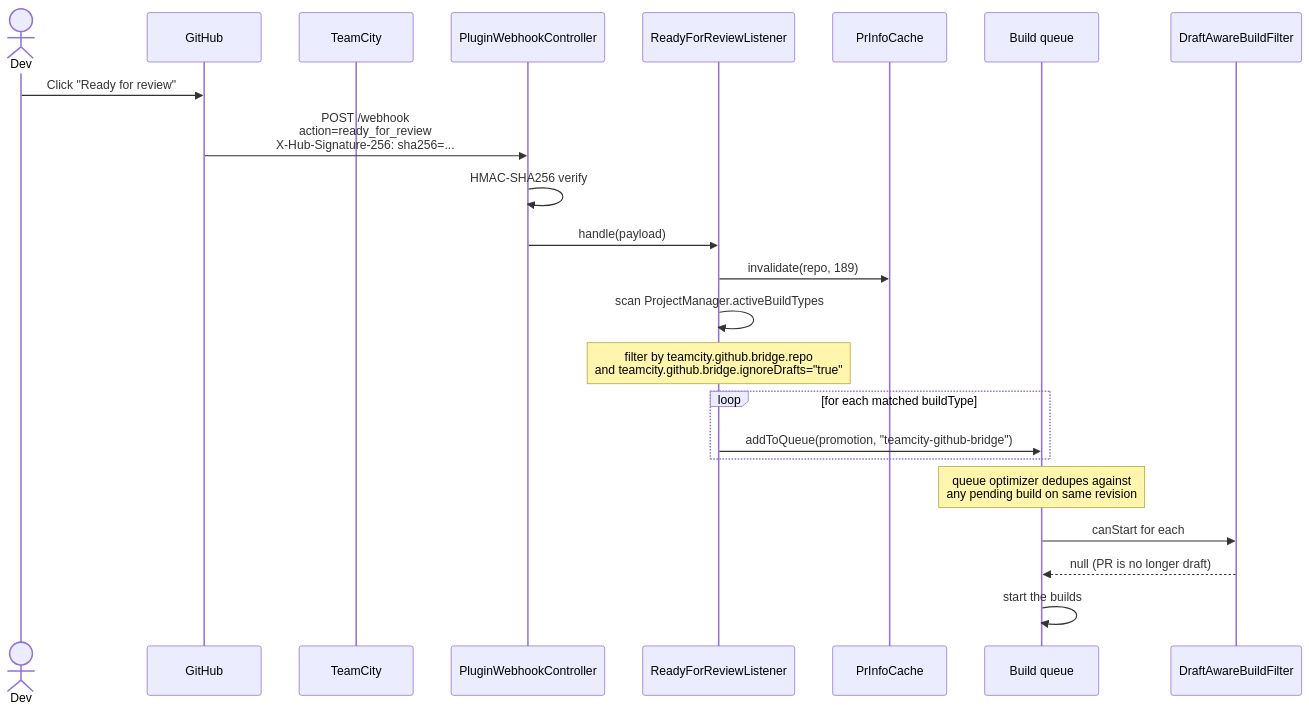
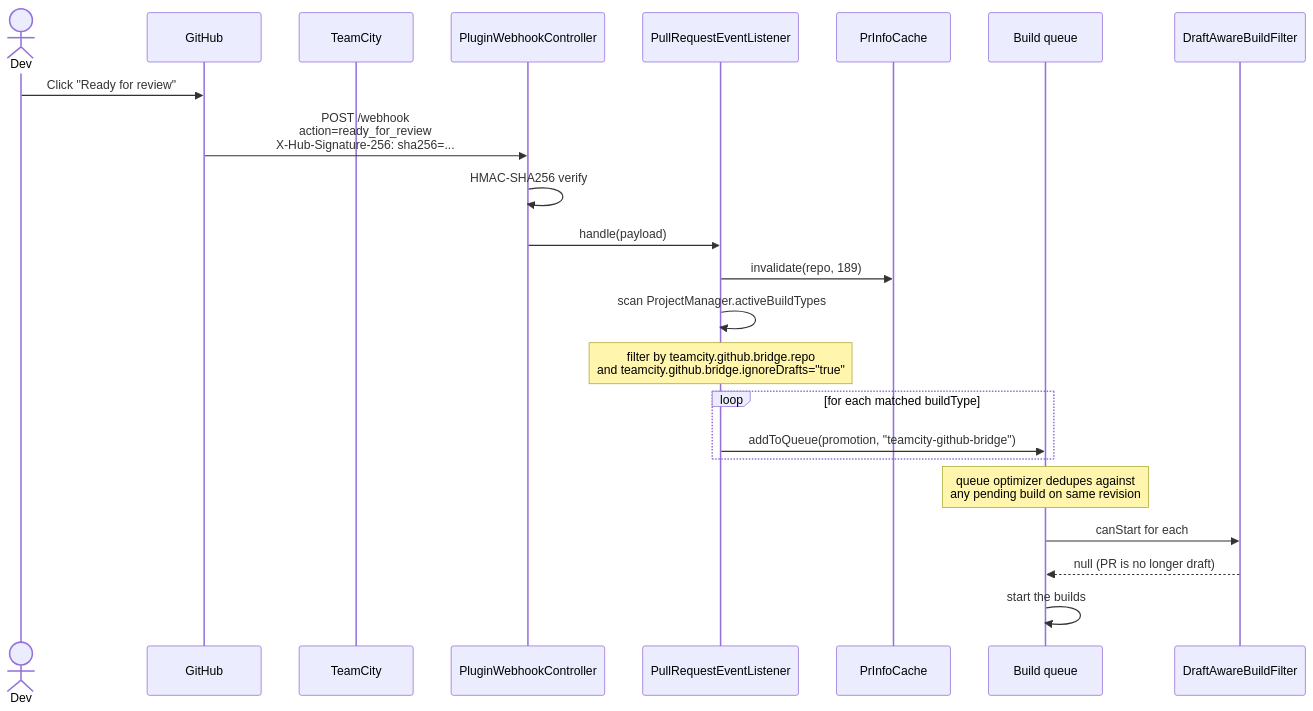
Before and after one commit to Silmaen/teamcity-github: the third of 7 diagrams in doc/usage-scenarios.md, drawn with Mermaid. The commit also changed other lines of this file and 13 other files, not shown here.

````diff
--- a/doc/usage-scenarios.md
+++ b/doc/usage-scenarios.md
@@ -83,26 +83,26 @@
 ```mermaid
 sequenceDiagram
     actor Dev
     participant GH as GitHub
     participant TC as TeamCity
     participant W as PluginWebhookController
-    participant L as ReadyForReviewListener
+    participant L as PullRequestEventListener
     participant Cache as PrInfoCache
     participant Q as Build queue
     participant F as DraftAwareBuildFilter
 
     Dev->>GH: Click "Ready for review"
     GH->>W: POST /webhook<br/>action=ready_for_review<br/>X-Hub-Signature-256: sha256=...
     W->>W: HMAC-SHA256 verify
     W->>L: handle(payload)
     L->>Cache: invalidate(repo, 189)
     L->>L: scan ProjectManager.activeBuildTypes
     Note over L: filter by teamcity.github.bridge.repo<br/>and teamcity.github.bridge.ignoreDrafts="true"
     loop for each matched buildType
         L->>Q: addToQueue(promotion, "teamcity-github-bridge")
     end
     Note over Q: queue optimizer dedupes against<br/>any pending build on same revision
     Q->>F: canStart for each
     F-->>Q: null (PR is no longer draft)
     Q->>Q: start the builds
 ```
````
